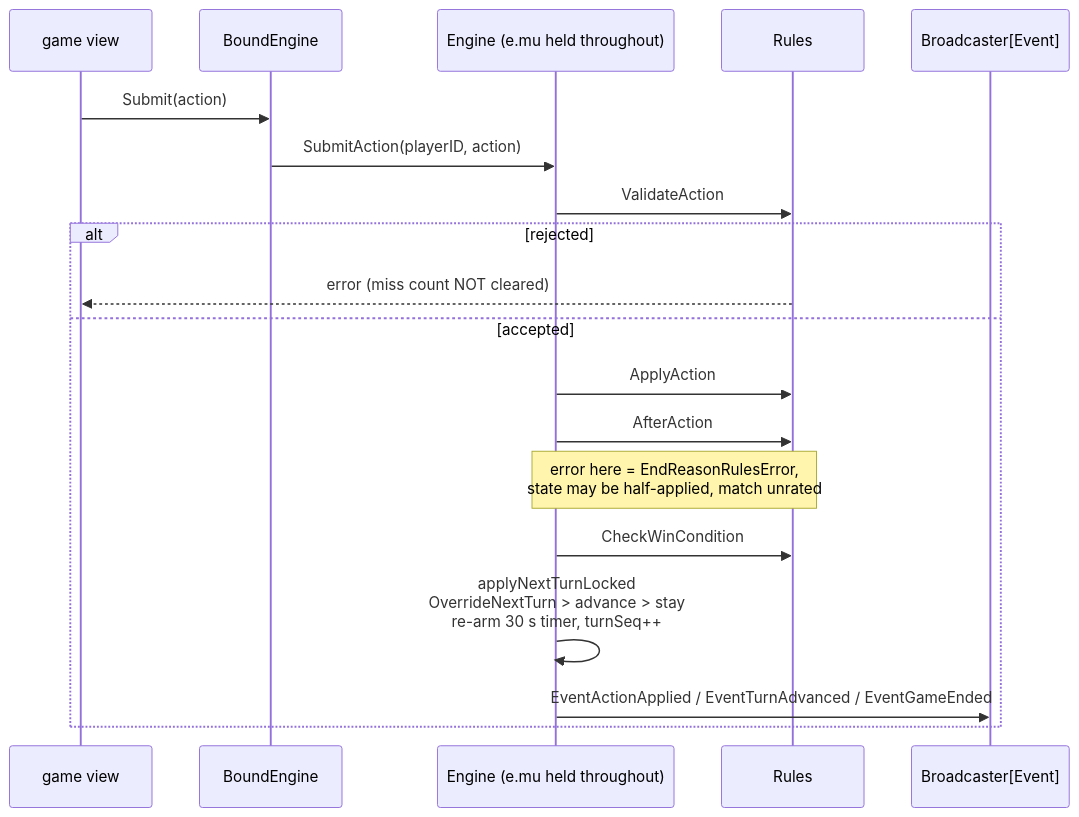
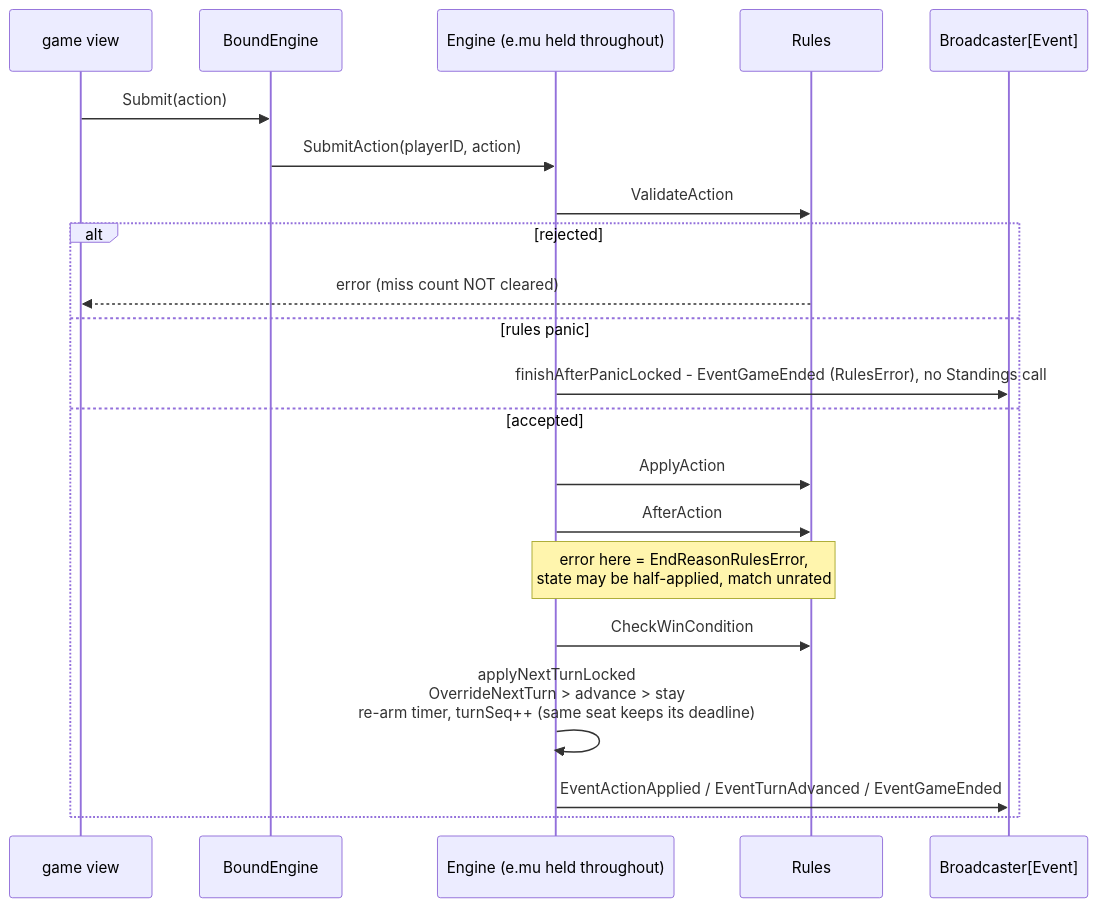
Before and after one commit to Pieczasz/terminal-card: the fifth of 11 diagrams in docs/codebase-map.md, drawn with Mermaid. The commit also changed other lines of this file, not shown here.

Commit message:
docs(codebase-map): refresh counts, flows, the BoundEngine and Session shapes and the lock order

````diff
--- a/docs/codebase-map.md
+++ b/docs/codebase-map.md
@@ -207,22 +215,24 @@
 ```mermaid
 sequenceDiagram
     participant V as game view
     participant B as BoundEngine
     participant E as Engine (e.mu held throughout)
     participant Ru as Rules
     participant Bc as Broadcaster[Event]
 
     V->>B: Submit(action)
     B->>E: SubmitAction(playerID, action)
     E->>Ru: ValidateAction
     alt rejected
         Ru-->>V: error (miss count NOT cleared)
+    else rules panic
+        E->>Bc: finishAfterPanicLocked - EventGameEnded (RulesError), no Standings call
     else accepted
         E->>Ru: ApplyAction
         E->>Ru: AfterAction
         Note over E,Ru: error here = EndReasonRulesError,<br/>state may be half-applied, match unrated
         E->>Ru: CheckWinCondition
-        E->>E: applyNextTurnLocked<br/>OverrideNextTurn > advance > stay<br/>re-arm 30 s timer, turnSeq++
+        E->>E: applyNextTurnLocked<br/>OverrideNextTurn > advance > stay<br/>re-arm timer, turnSeq++ (same seat keeps its deadline)
         E->>Bc: EventActionApplied / EventTurnAdvanced / EventGameEnded
     end
 ```
````
